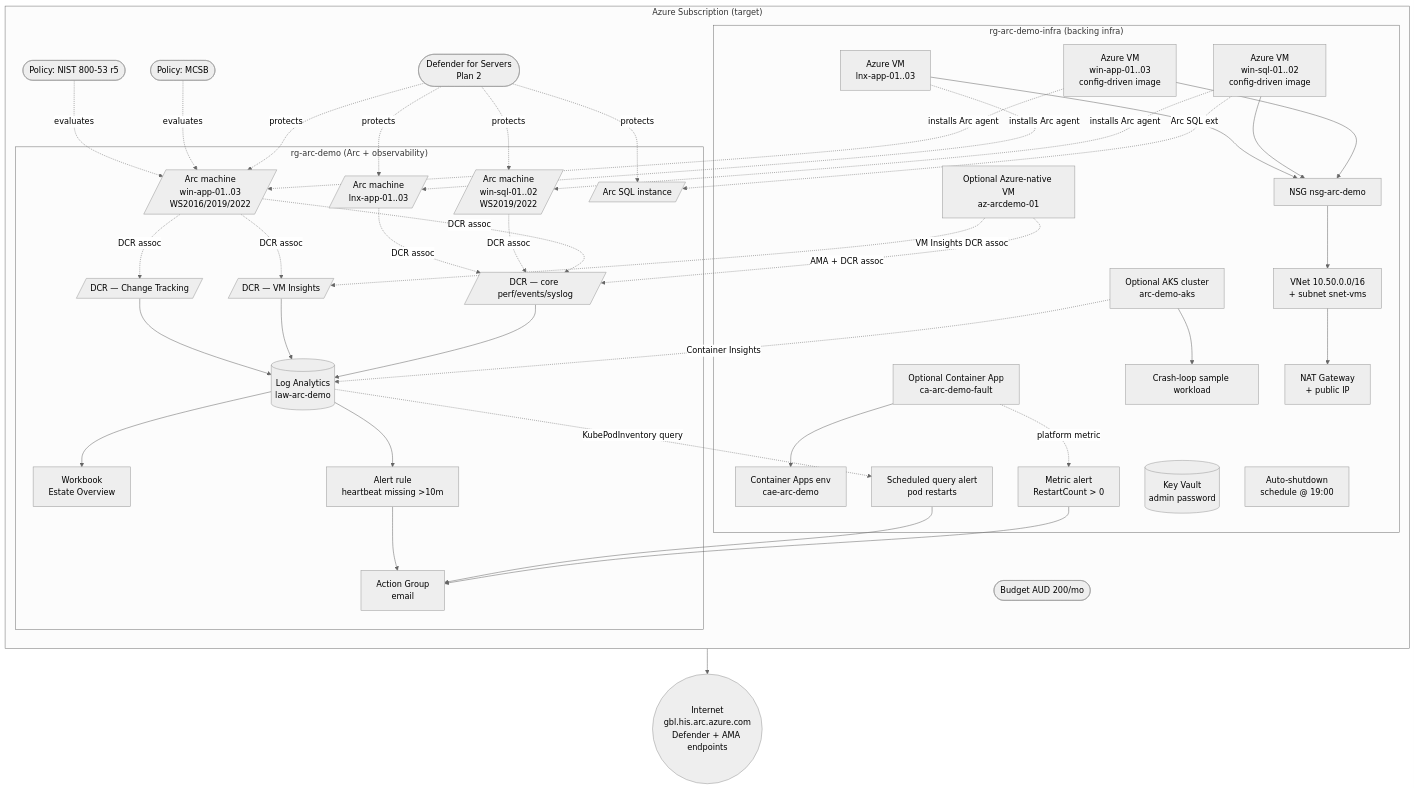
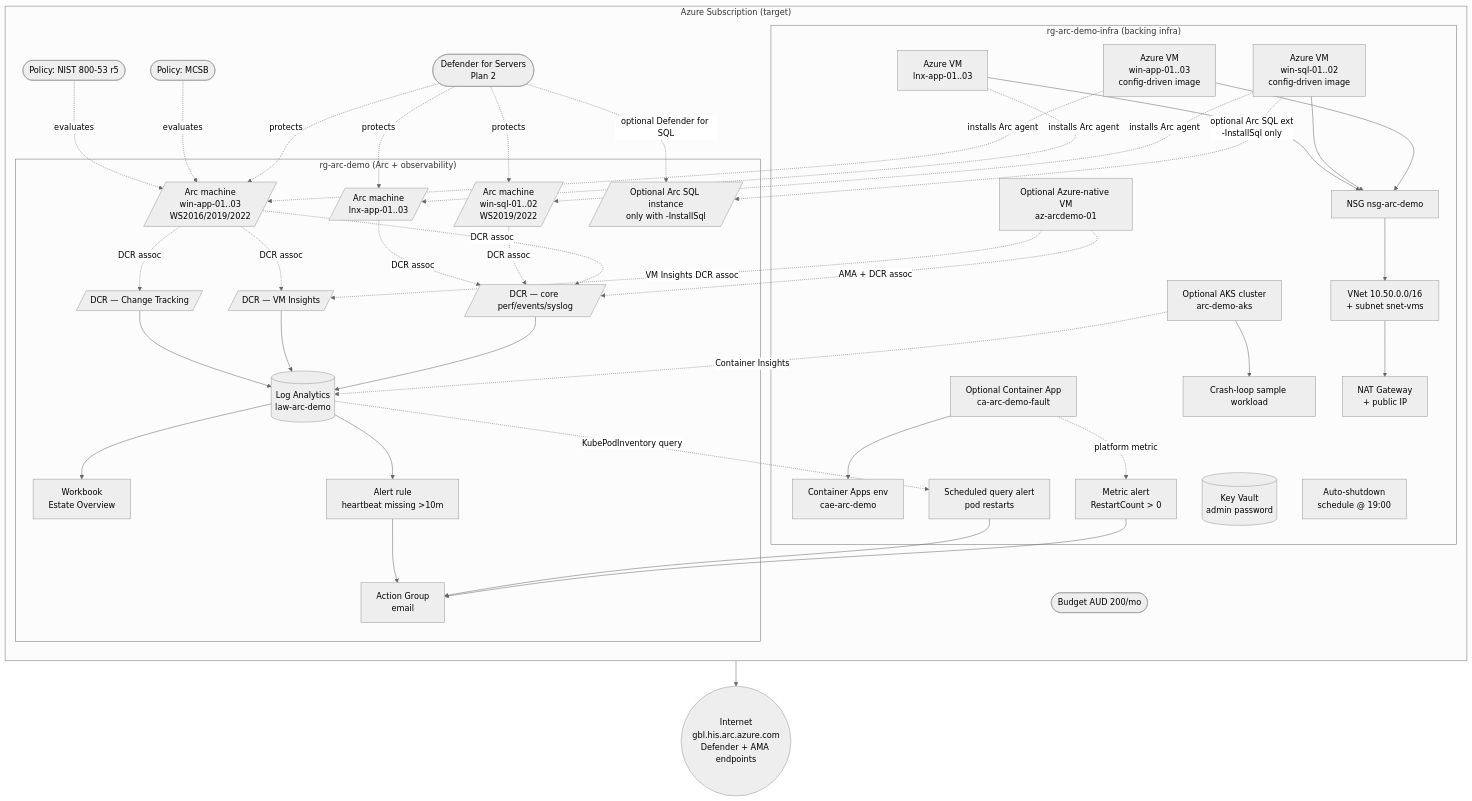
Before and after one commit to corey-skapin/arc-demo: the diagram in docs/architecture.md, drawn with Mermaid (neutral theme). The commit also changed other lines of this file and 13 other files, not shown here.

First line of the commit message:
Make SQL path optional by default

````diff
--- a/docs/architecture.md
+++ b/docs/architecture.md
@@ -20,7 +20,7 @@
             ARC1[/Arc machine<br/>win-app-01..03<br/>WS2016/2019/2022/]
             ARC2[/Arc machine<br/>win-sql-01..02<br/>WS2019/2022/]
             ARC3[/Arc machine<br/>lnx-app-01..03/]
-            SQL1[/Arc SQL instance/]
+            SQL1[/Optional Arc SQL instance<br/>only with -InstallSql/]
         end
 
         subgraph rg_infra["rg-arc-demo-infra (backing infra)"]
@@ -52,7 +52,7 @@
     VM1 -. installs Arc agent .-> ARC1
     VM2 -. installs Arc agent .-> ARC2
     VM3 -. installs Arc agent .-> ARC3
-    VM2 -. Arc SQL ext .-> SQL1
+    VM2 -. optional Arc SQL ext<br/>-InstallSql only .-> SQL1
 
     ARC1 -.->|DCR assoc| DCR1
     ARC2 -.->|DCR assoc| DCR1
@@ -87,7 +87,7 @@
     DEFENDER -. protects .-> ARC1
     DEFENDER -. protects .-> ARC2
     DEFENDER -. protects .-> ARC3
-    DEFENDER -. protects .-> SQL1
+    DEFENDER -. optional Defender for SQL .-> SQL1
     POL -. evaluates .-> ARC1
     POL2 -. evaluates .-> ARC1
 ```
````
